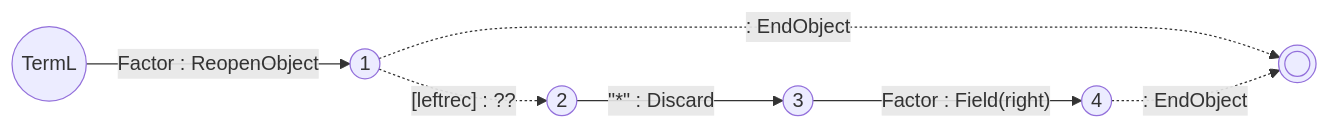
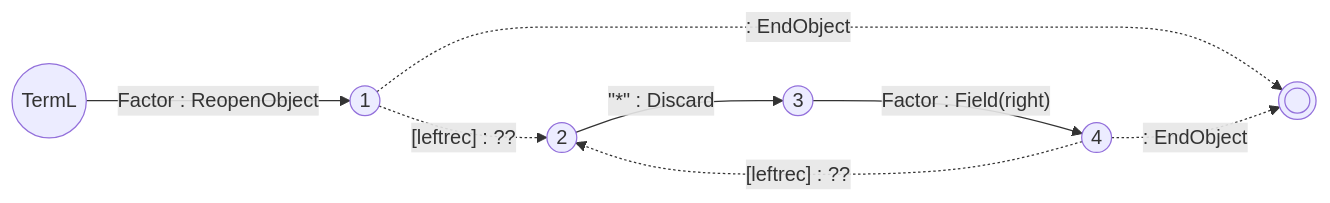
Before and after one commit to vczh-websites/vczh: the seventh of 11 diagrams in Blog/GLR-Refactoring/Mermaid.md, drawn with Mermaid. The commit also changed other lines of this file, not shown here.

````diff
--- a/Blog/GLR-Refactoring/Mermaid.md
+++ b/Blog/GLR-Refactoring/Mermaid.md
@@ -82,9 +82,10 @@
 ```mermaid
 graph LR
   S((TermL))-- Factor : ReopenObject --> 1
   1((1))-. : EndObject .->E((( )))
   2((2))-- #quot;*#quot; : Discard -->3
   3((3))-- Factor : Field(right) --> 4
   4((4))-. : EndObject .->E
   1-. [leftrec] : ?? .->2
+  4-. [leftrec] : ?? .->2
 ```
````
